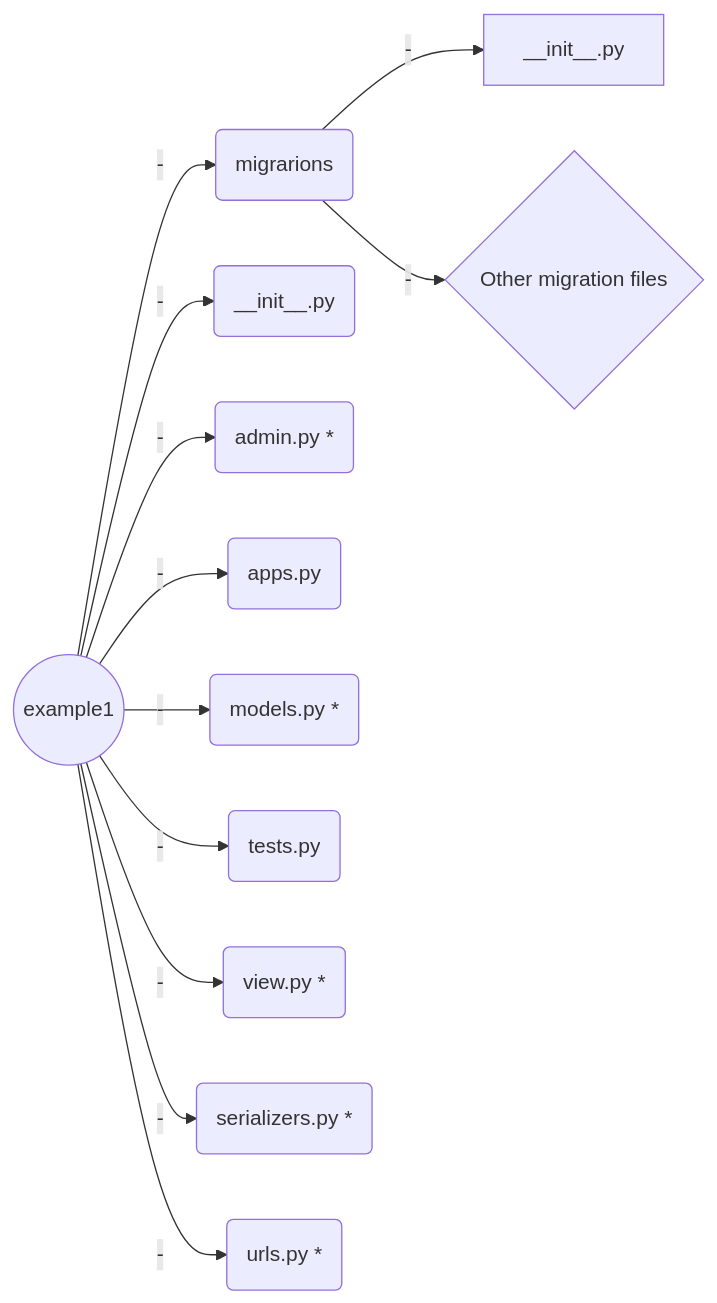
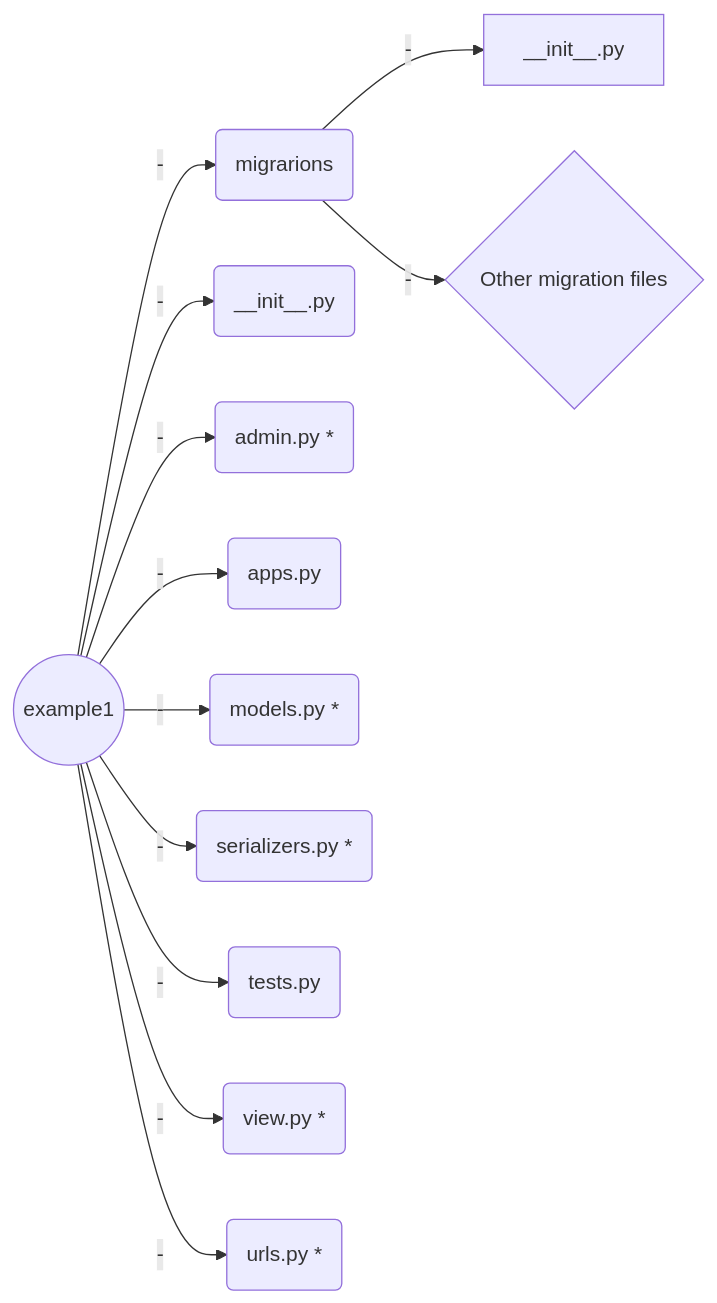
The first of 3 diagrams in Welcome file.md (LooDaHu/ARORA_General_-Introduction), drawn with Mermaid before and after one commit. The commit also changed other lines of this file, not shown here.

Commit message:
Welcome file.md updated from https://stackedit.io/

````diff
--- a/Welcome file.md
+++ b/Welcome file.md
@@ -45,15 +45,16 @@
 ```mermaid
 graph LR
 A((example1)) -- - --> B(migrarions) 
 B(migrarions) -- - --> C[__init__.py]
 B(migrarions) -- - --> D{Other migration files}
 A((example1)) -- - --> E(__init__.py) 
 A((example1)) -- - --> F(admin.py *) 
 A((example1)) -- - --> L(apps.py)
-A((example1)) -- - --> G(models.py *) 
+A((example1)) -- - --> G(models.py *)
+A((example1)) -- - --> I(serializers.py *) 
 A((example1)) -- - --> K(tests.py) 
 
 A((example1)) -- - --> H(view.py *)
-A((example1)) -- - --> I(serializers.py *)
+
 A((example1)) -- - --> J(urls.py *)
 ```
````
